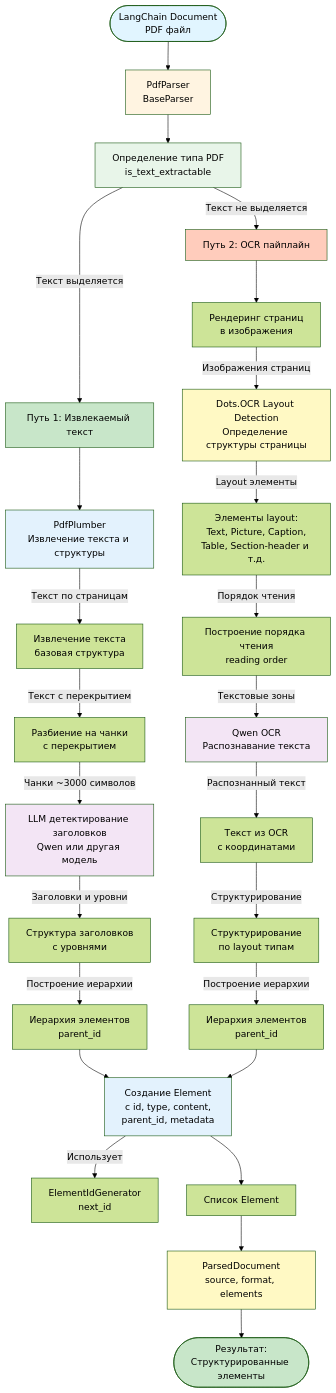
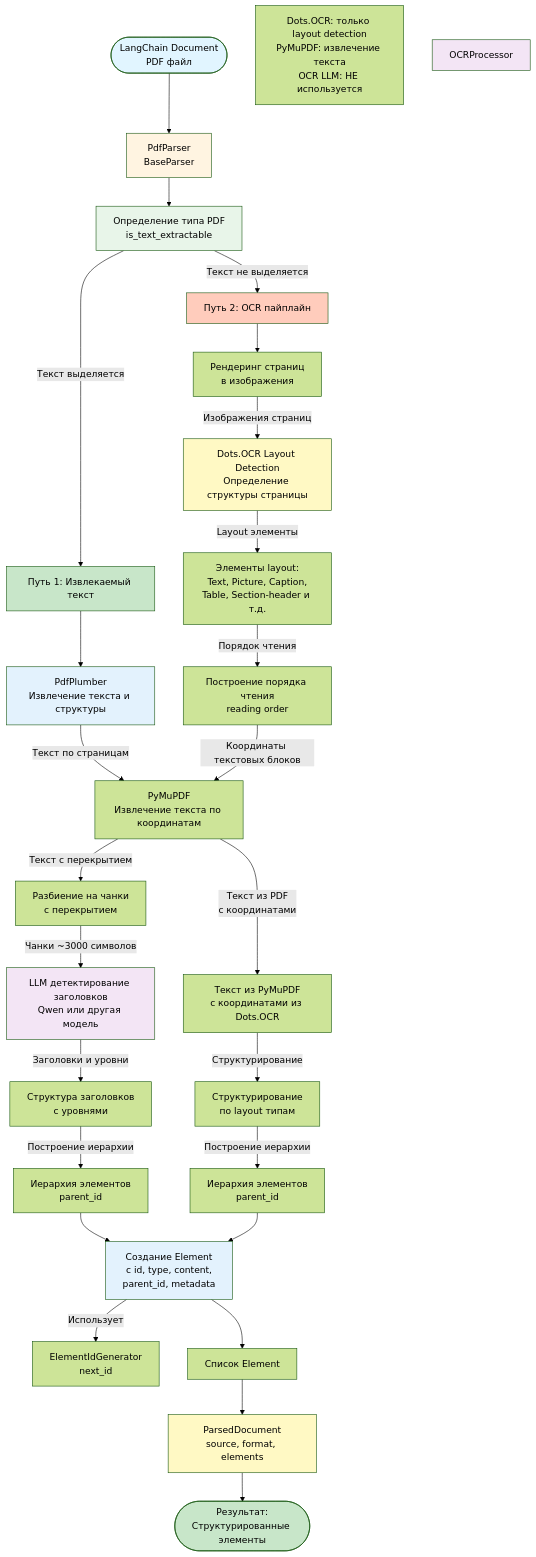
One commit to aimclub/documentor changed the first of 8 diagrams in docs/pdf_parser_diagram.md. Above: the diagram before and after it, drawn with Mermaid (forest theme). The commit also changed other lines of this file and 14 other files, not shown here.

First line of the commit message:
feat: PDF parser with layout detection and bbox visualization

````diff
--- a/docs/pdf_parser_diagram.md
+++ b/docs/pdf_parser_diagram.md
@@ -5,62 +5,64 @@
 ```mermaid
 graph TB
     Start([LangChain Document<br/>PDF файл]) --> PdfParser[PdfParser<br/>BaseParser]
     
     PdfParser --> TextDetector[Определение типа PDF<br/>is_text_extractable]
     
     TextDetector -->|Текст выделяется| TextPath[Путь 1: Извлекаемый текст]
     TextDetector -->|Текст не выделяется| OCRPath[Путь 2: OCR пайплайн]
     
     TextPath --> PdfPlumber[PdfPlumber<br/>Извлечение текста и структуры]
     
     PdfPlumber -->|Текст по страницам| TextExtractor[Извлечение текста<br/>базовая структура]
     
     TextExtractor -->|Текст с перекрытием| LLMChunker[Разбиение на чанки<br/>с перекрытием]
     
     LLMChunker -->|Чанки ~3000 символов| LLMHeaderDetector[LLM детектирование заголовков<br/>Qwen или другая модель]
     
     LLMHeaderDetector -->|Заголовки и уровни| HeaderStructure[Структура заголовков<br/>с уровнями]
     
     HeaderStructure -->|Построение иерархии| TextHierarchy[Иерархия элементов<br/>parent_id]
     
     OCRPath --> PageRenderer[Рендеринг страниц<br/>в изображения]
     
     PageRenderer -->|Изображения страниц| LayoutDetector[Dots.OCR Layout Detection<br/>Определение структуры страницы]
     
     LayoutDetector -->|Layout элементы| LayoutElements[Элементы layout:<br/>Text, Picture, Caption,<br/>Table, Section-header и т.д.]
     
     LayoutElements -->|Порядок чтения| ReadingOrder[Построение порядка чтения<br/>reading order]
     
-    ReadingOrder -->|Текстовые зоны| OCRProcessor[Qwen OCR<br/>Распознавание текста]
+    ReadingOrder -->|Координаты текстовых блоков| TextExtractor[PyMuPDF<br/>Извлечение текста по координатам]
     
-    OCRProcessor -->|Распознанный текст| OCRText[Текст из OCR<br/>с координатами]
+    TextExtractor -->|Текст из PDF<br/>с координатами| OCRText[Текст из PyMuPDF<br/>с координатами из Dots.OCR]
     
     OCRText -->|Структурирование| OCRStructure[Структурирование<br/>по layout типам]
+    
+    Note1[Dots.OCR: только layout detection<br/>PyMuPDF: извлечение текста<br/>OCR LLM: НЕ используется]
     
     OCRStructure -->|Построение иерархии| OCRHierarchy[Иерархия элементов<br/>parent_id]
     
     TextHierarchy --> ElementCreator[Создание Element<br/>с id, type, content,<br/>parent_id, metadata]
     
     OCRHierarchy --> ElementCreator
     
     ElementCreator -->|Использует| IdGenerator[ElementIdGenerator<br/>next_id]
     
     ElementCreator --> ElementsList[Список Element]
     
     ElementsList --> ParsedDoc[ParsedDocument<br/>source, format, elements]
     
     ParsedDoc --> Output([Результат:<br/>Структурированные элементы])
     
     style Start fill:#e1f5ff
     style PdfParser fill:#fff4e1
     style TextDetector fill:#e8f5e9
     style TextPath fill:#c8e6c9
     style OCRPath fill:#ffccbc
     style PdfPlumber fill:#e3f2fd
     style LLMHeaderDetector fill:#f3e5f5
     style LayoutDetector fill:#fff9c4
     style OCRProcessor fill:#f3e5f5
     style ElementCreator fill:#e3f2fd
     style ParsedDoc fill:#fff9c4
     style Output fill:#c8e6c9
 ```
````
